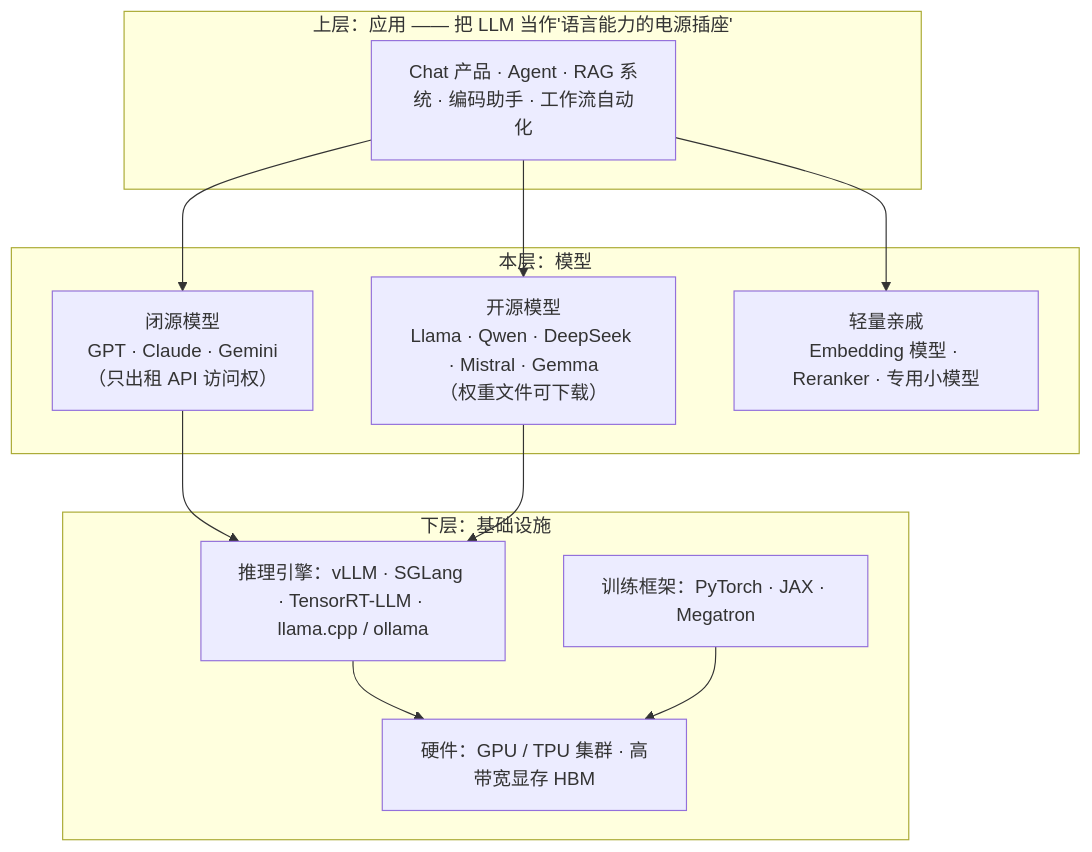
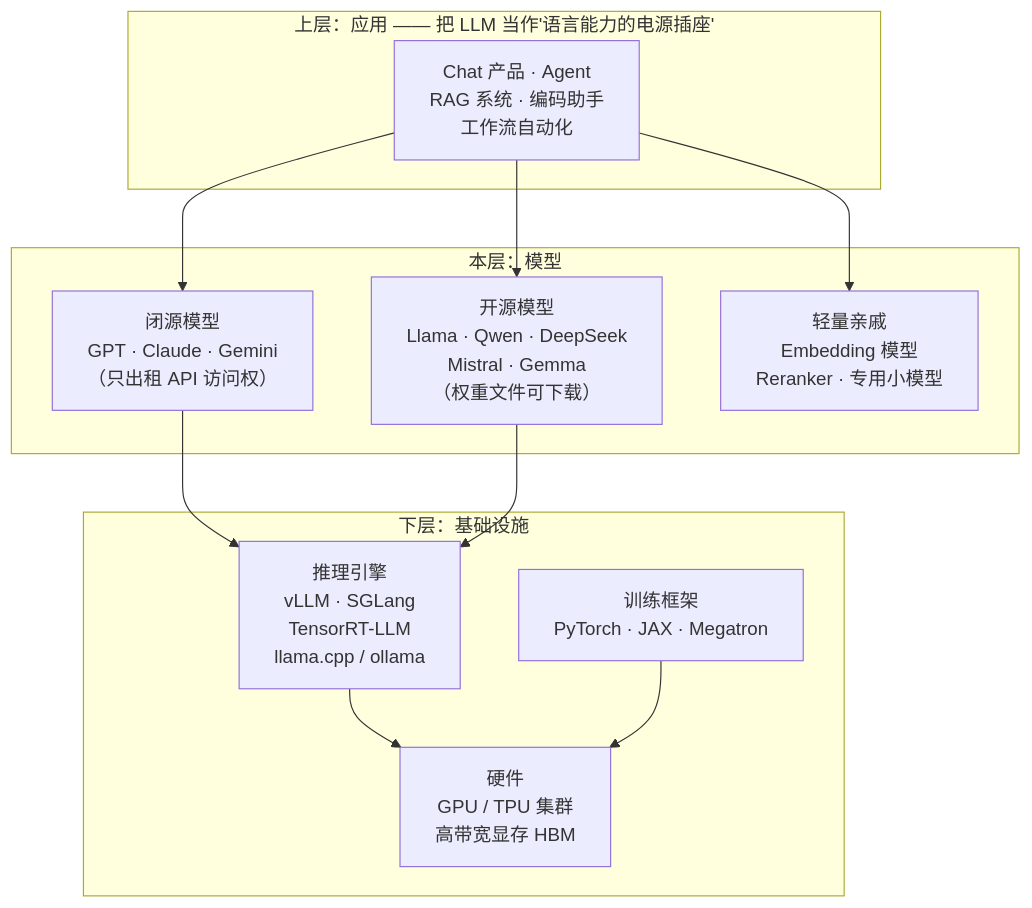
One commit to geekchow/technical-knowledge changed the second of 2 diagrams in ai/llm-fundamentals/02-what.zh.md. Above: the diagram before and after it, drawn with Mermaid. The commit also changed 9 other files, not shown here.

Commit message:
fix mermaid label store issue.

````diff
--- a/ai/llm-fundamentals/02-what.zh.md
+++ b/ai/llm-fundamentals/02-what.zh.md
@@ -98,19 +98,19 @@
 ```mermaid
 flowchart TB
     subgraph 上层["上层：应用 —— 把 LLM 当作'语言能力的电源插座'"]
-        APP["Chat 产品 · Agent · RAG 系统 · 编码助手 · 工作流自动化"]
+        APP["Chat 产品 · Agent<br/>RAG 系统 · 编码助手<br/>工作流自动化"]
     end
     subgraph 本层["本层：模型"]
         CLOSED["闭源模型<br/>GPT · Claude · Gemini<br/>（只出租 API 访问权）"]
-        OPEN["开源模型<br/>Llama · Qwen · DeepSeek · Mistral · Gemma<br/>（权重文件可下载）"]
-        SMALL["轻量亲戚<br/>Embedding 模型 · Reranker · 专用小模型"]
+        OPEN["开源模型<br/>Llama · Qwen · DeepSeek<br/>Mistral · Gemma<br/>（权重文件可下载）"]
+        SMALL["轻量亲戚<br/>Embedding 模型<br/>Reranker · 专用小模型"]
     end
     subgraph 下层["下层：基础设施"]
-        ENG["推理引擎：vLLM · SGLang · TensorRT-LLM · llama.cpp / ollama"]
-        FW["训练框架：PyTorch · JAX · Megatron"]
-        HW["硬件：GPU / TPU 集群 · 高带宽显存 HBM"]
+        ENG["推理引擎<br/>vLLM · SGLang<br/>TensorRT-LLM<br/>llama.cpp / ollama"]
+        FW["训练框架<br/>PyTorch · JAX · Megatron"]
+        HW["硬件<br/>GPU / TPU 集群<br/>高带宽显存 HBM"]
     end
     APP --> CLOSED & OPEN & SMALL
     CLOSED & OPEN --> ENG --> HW
     FW --> HW
 ```
````
